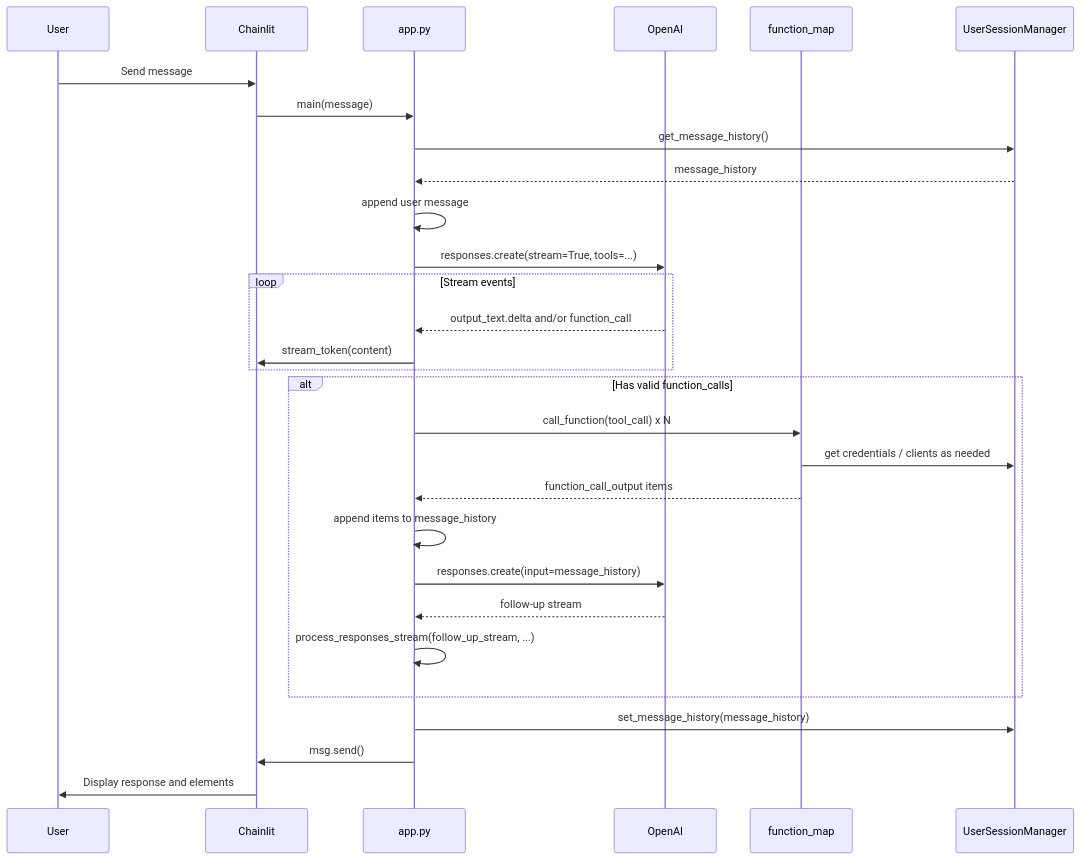
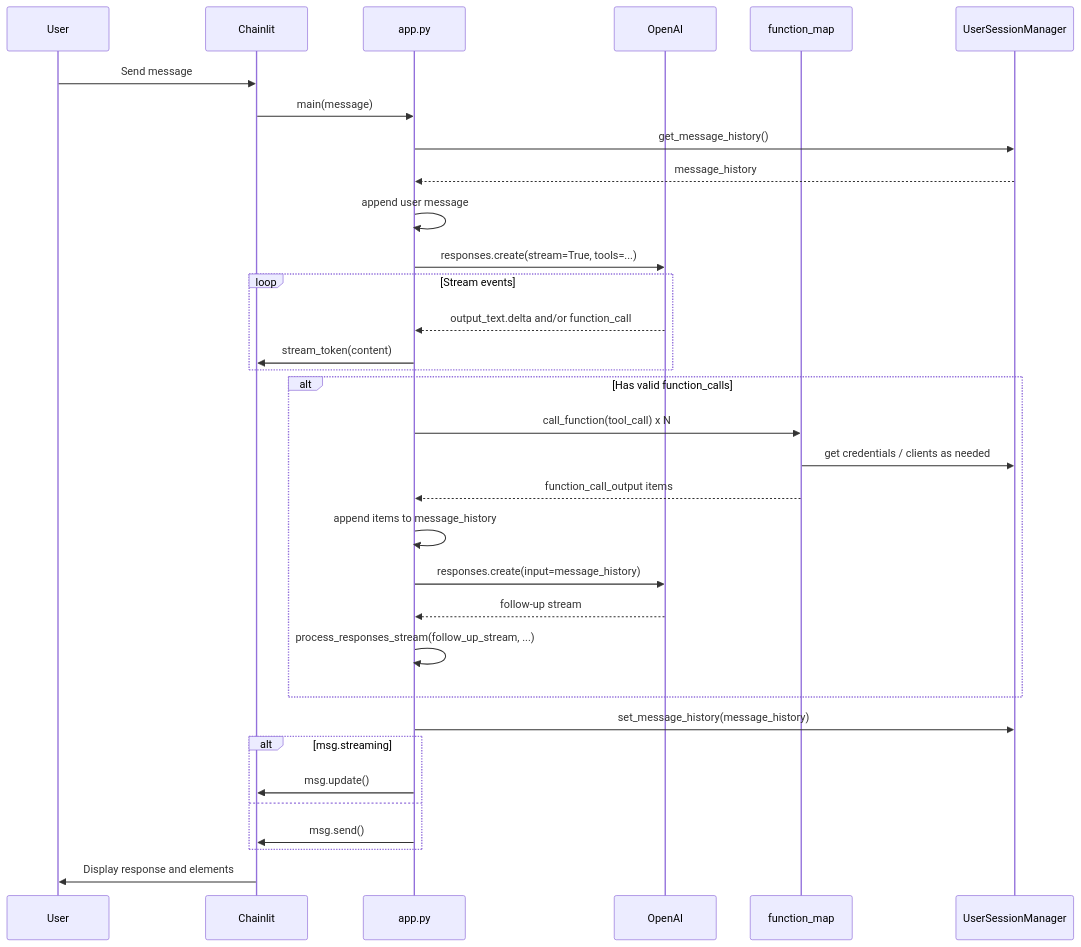
One commit to giorgosfatouros/humaine-swarm changed the diagram in docs/developers/02-app-flow.md. Above: the diagram before and after it, drawn with Mermaid. The commit also changed other lines of this file and 2 other files, not shown here.

Commit message:
fix(app): prevent duplicate Chainlit messages after tool calls
Use finalize_assistant_message to update streamed messages and clear plot
elements after follow-up synthesis so charts are not sent twice.

````diff
--- a/docs/developers/02-app-flow.md
+++ b/docs/developers/02-app-flow.md
@@ -34,32 +34,36 @@
 ```mermaid
 sequenceDiagram
     participant User
     participant Chainlit
     participant app_py as app.py
     participant OpenAI
     participant function_map as function_map
     participant Session as UserSessionManager
 
     User->>Chainlit: Send message
     Chainlit->>app_py: main(message)
     app_py->>Session: get_message_history()
     Session-->>app_py: message_history
     app_py->>app_py: append user message
     app_py->>OpenAI: responses.create(stream=True, tools=...)
     loop Stream events
         OpenAI-->>app_py: output_text.delta and/or function_call
         app_py->>Chainlit: stream_token(content)
     end
     alt Has valid function_calls
         app_py->>function_map: call_function(tool_call) x N
         function_map->>Session: get credentials / clients as needed
         function_map-->>app_py: function_call_output items
         app_py->>app_py: append items to message_history
         app_py->>OpenAI: responses.create(input=message_history)
         OpenAI-->>app_py: follow-up stream
         app_py->>app_py: process_responses_stream(follow_up_stream, ...)
     end
     app_py->>Session: set_message_history(message_history)
-    app_py->>Chainlit: msg.send()
+    alt msg.streaming
+        app_py->>Chainlit: msg.update()
+    else
+        app_py->>Chainlit: msg.send()
+    end
     Chainlit->>User: Display response and elements
 ```
````
